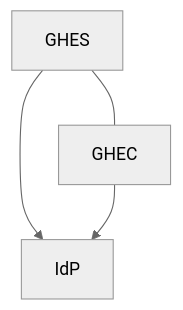
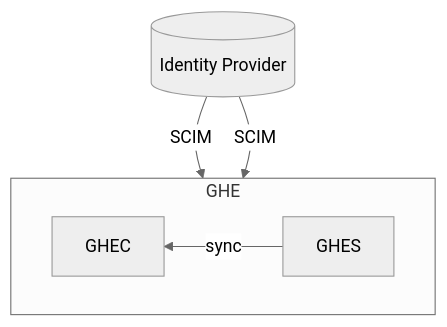
One commit to helaili/octomirror changed the diagram in README.md. Above: the diagram before and after it, drawn with Mermaid (neutral theme).

Commit message:
change mermaid graph

````diff
--- a/README.md
+++ b/README.md
@@ -7,6 +7,9 @@
 ```mermaid
 graph TD
-    GHES[GHES] --> IdP[IdP]
-    GHEC[GHEC] --> IdP[IdP]
-    GHES --- GHEC
+    subgraph GHE
+        direction RL
+        GHES[GHES] --> |sync| GHEC[GHEC]
+    end    
+    IdP[(Identity Provider)] --> |SCIM| GHES[GHES]
+    IdP[(Identity Provider)] --> |SCIM| GHEC[GHEC]
 ```
````
